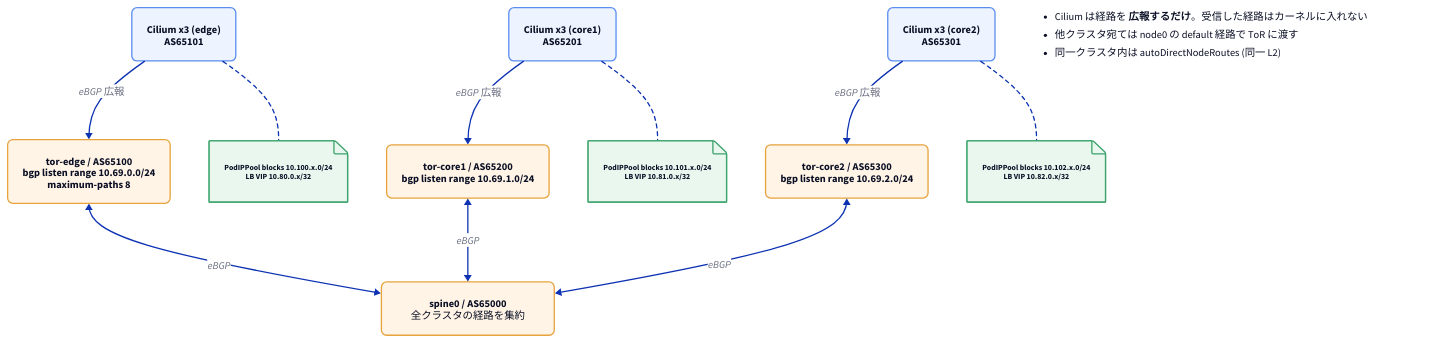
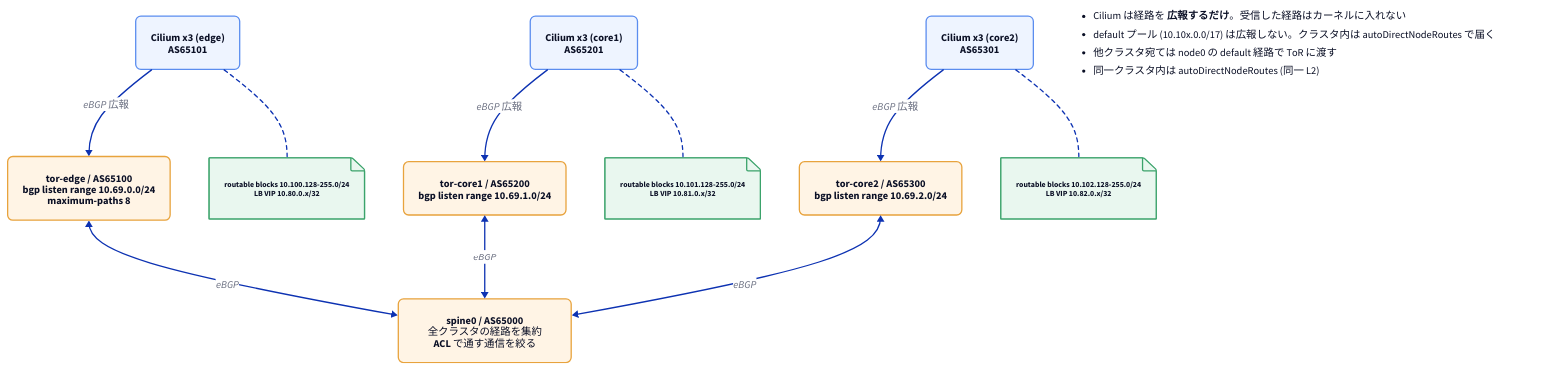
Before and after one commit to terassyi/terakoya: the diagram in kindcluster/mcs-gateway/docs/diagrams/bgp.d2, drawn with D2. The commit also changed 10 other files, not shown here.

```diff
--- a/kindcluster/mcs-gateway/docs/diagrams/bgp.d2
+++ b/kindcluster/mcs-gateway/docs/diagrams/bgp.d2
@@ -1,42 +1,43 @@
 # BGP のセッションと広報する経路
 direction: down
 
 classes: {
   as: {style: {fill: "#FFF4E5"; stroke: "#E8A33D"; border-radius: 8}}
   cilium: {style: {fill: "#EEF4FF"; stroke: "#5B8DEF"; border-radius: 8}}
   pfx: {shape: page; style: {fill: "#E9F7EF"; stroke: "#3BA36B"; font-size: 12}}
 }
 
-spine0: "spine0 / AS65000\n全クラスタの経路を集約" {class: as}
+spine0: "spine0 / AS65000\n全クラスタの経路を集約\nACL で通す通信を絞る" {class: as}
 
 tor-edge: "tor-edge / AS65100\nbgp listen range 10.69.0.0/24\nmaximum-paths 8" {class: as}
 tor-core1: "tor-core1 / AS65200\nbgp listen range 10.69.1.0/24" {class: as}
 tor-core2: "tor-core2 / AS65300\nbgp listen range 10.69.2.0/24" {class: as}
 
 c-edge: "Cilium x3 (edge)\nAS65101" {class: cilium}
 c-core1: "Cilium x3 (core1)\nAS65201" {class: cilium}
 c-core2: "Cilium x3 (core2)\nAS65301" {class: cilium}
 
-p-edge: "PodIPPool blocks 10.100.x.0/24\nLB VIP 10.80.0.x/32" {class: pfx}
-p-core1: "PodIPPool blocks 10.101.x.0/24\nLB VIP 10.81.0.x/32" {class: pfx}
-p-core2: "PodIPPool blocks 10.102.x.0/24\nLB VIP 10.82.0.x/32" {class: pfx}
+p-edge: "routable blocks 10.100.128-255.0/24\nLB VIP 10.80.0.x/32" {class: pfx}
+p-core1: "routable blocks 10.101.128-255.0/24\nLB VIP 10.81.0.x/32" {class: pfx}
+p-core2: "routable blocks 10.102.128-255.0/24\nLB VIP 10.82.0.x/32" {class: pfx}
 
 c-edge -> tor-edge: "eBGP 広報"
 c-core1 -> tor-core1: "eBGP 広報"
 c-core2 -> tor-core2: "eBGP 広報"
 
 tor-edge <-> spine0: eBGP
 tor-core1 <-> spine0: eBGP
 tor-core2 <-> spine0: eBGP
 
 c-edge -- p-edge {style.stroke-dash: 3}
 c-core1 -- p-core1 {style.stroke-dash: 3}
 c-core2 -- p-core2 {style.stroke-dash: 3}
 
 note: |md
   - Cilium は経路を **広報するだけ**。受信した経路はカーネルに入れない
+  - default プール (10.10x.0.0/17) は広報しない。クラスタ内は autoDirectNodeRoutes で届く
   - 他クラスタ宛ては node0 の default 経路で ToR に渡す
   - 同一クラスタ内は autoDirectNodeRoutes (同一 L2)
 | {
   shape: text
 }
```
